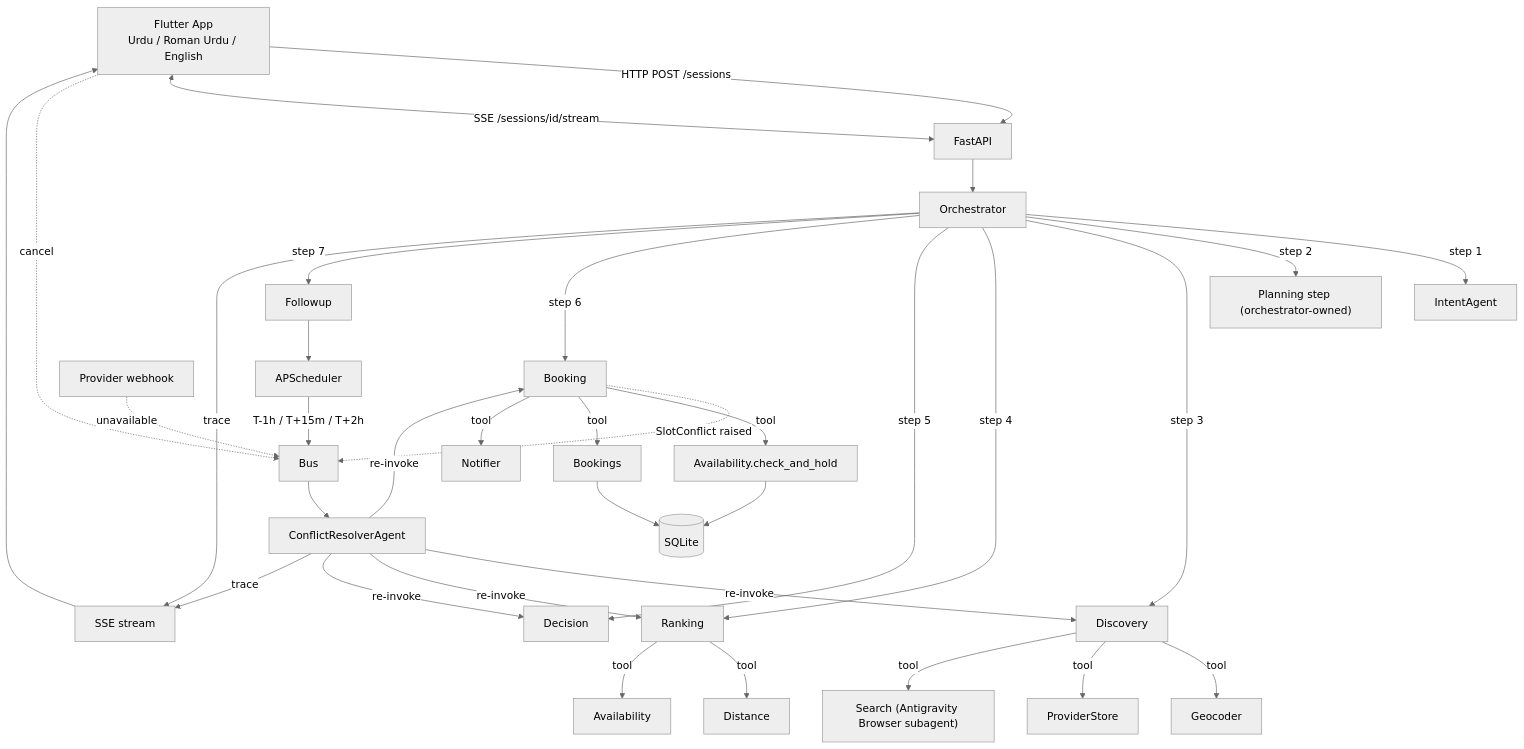
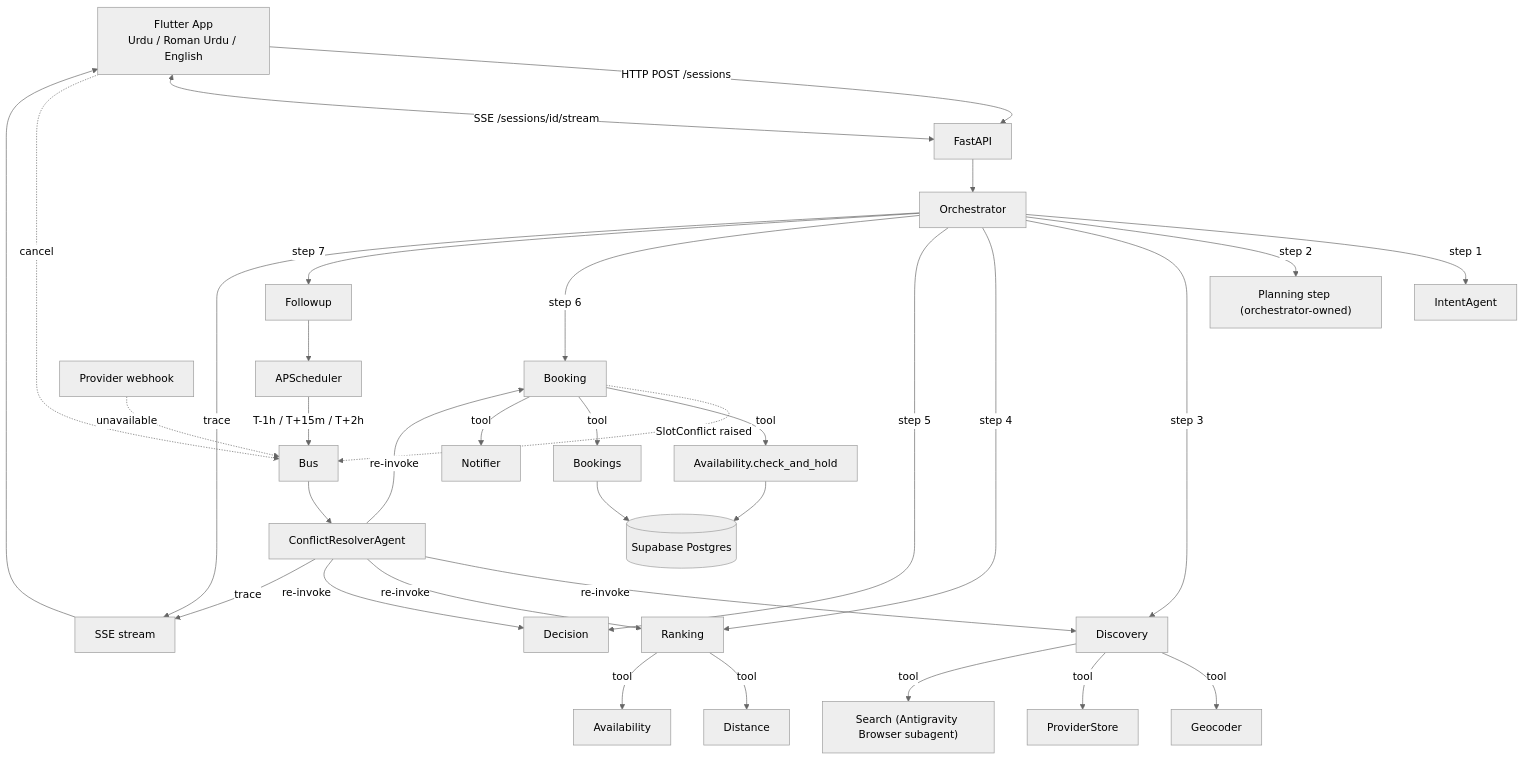
The first of 2 diagrams in docs/architecture.md (muhammadhaider02/karigar.pk), drawn with Mermaid (neutral theme) before and after one commit. The commit also changed other lines of this file and 43 other files, not shown here.

````diff
--- a/docs/architecture.md
+++ b/docs/architecture.md
@@ -8,44 +8,44 @@
 ```mermaid
 flowchart TB
     User[Flutter App<br/>Urdu / Roman Urdu / English]
     User -->|HTTP POST /sessions| API[FastAPI]
     User <-->|SSE /sessions/id/stream| API
 
     API --> Orchestrator
     Orchestrator -->|step 1| Intent[IntentAgent]
     Orchestrator -->|step 2| PlanStep["Planning step (orchestrator-owned)"]
     Orchestrator -->|step 3| Discovery
     Orchestrator -->|step 4| Ranking
     Orchestrator -->|step 5| Decision
     Orchestrator -->|step 6| Booking
     Orchestrator -->|step 7| Followup
 
     Followup --> Sched[APScheduler]
     Sched -->|"T-1h / T+15m / T+2h"| Bus
 
     User -.->|cancel| Bus
     Provider[Provider webhook] -.->|unavailable| Bus
     Booking -.->|"SlotConflict raised"| Bus
 
     Bus --> Resolver[ConflictResolverAgent]
     Resolver -->|re-invoke| Discovery
     Resolver -->|re-invoke| Ranking
     Resolver -->|re-invoke| Decision
     Resolver -->|re-invoke| Booking
 
     Orchestrator -->|trace| SSE[SSE stream]
     Resolver -->|trace| SSE
     SSE --> User
 
     Discovery -->|tool| Geo[Geocoder]
     Discovery -->|tool| Prov[ProviderStore]
     Discovery -->|tool| SearchTool["Search (Antigravity Browser subagent)"]
     Ranking -->|tool| Dist[Distance]
     Ranking -->|tool| Avail[Availability]
     Booking -->|tool| AvailHold[Availability.check_and_hold]
     Booking -->|tool| Books[Bookings]
     Booking -->|tool| Notif[Notifier]
 
-    Books --> DB[(SQLite)]
+    Books --> DB[(Supabase Postgres)]
     AvailHold --> DB
 ```
````
